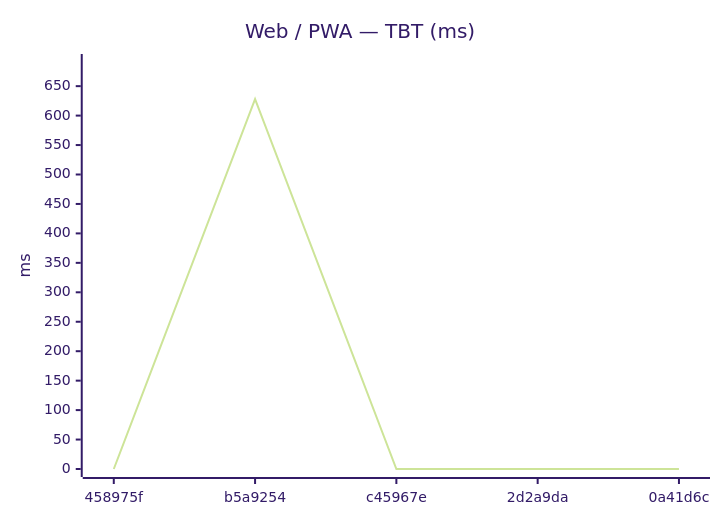
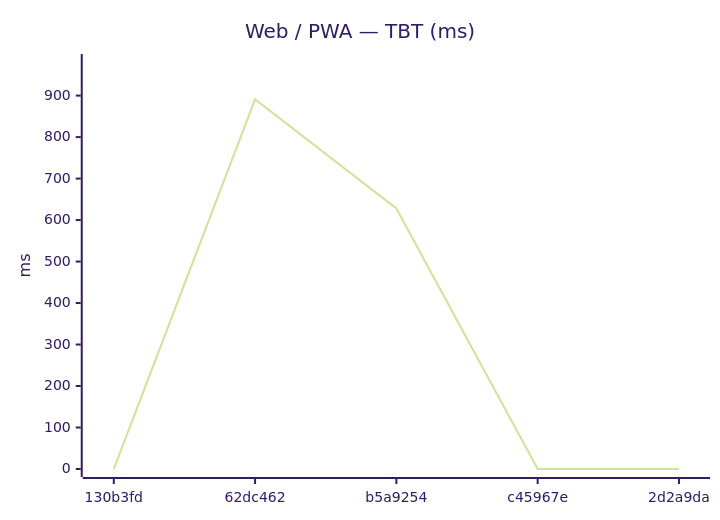
One commit to Metaheurist/Rianell changed the eighth of 18 diagrams in benchmarks/compare.md. Above: the diagram before and after it, drawn with Mermaid (forest theme). The commit also changed other lines of this file and 11 other files, not shown here.

````diff
--- a/benchmarks/compare.md
+++ b/benchmarks/compare.md
@@ -124,7 +124,7 @@
 ```mermaid
 xychart-beta
     title "Web / PWA — TBT (ms)"
-    x-axis ["458975f", "b5a9254", "c45967e", "2d2a9da", "0a41d6c"]
-    y-axis "ms" 0 --> 691
-    line [0, 628, 0, 0, 0]
+    x-axis ["130b3fd", "62dc462", "b5a9254", "c45967e", "2d2a9da"]
+    y-axis "ms" 0 --> 981
+    line [0, 891, 628, 0, 0]
 ```
````
